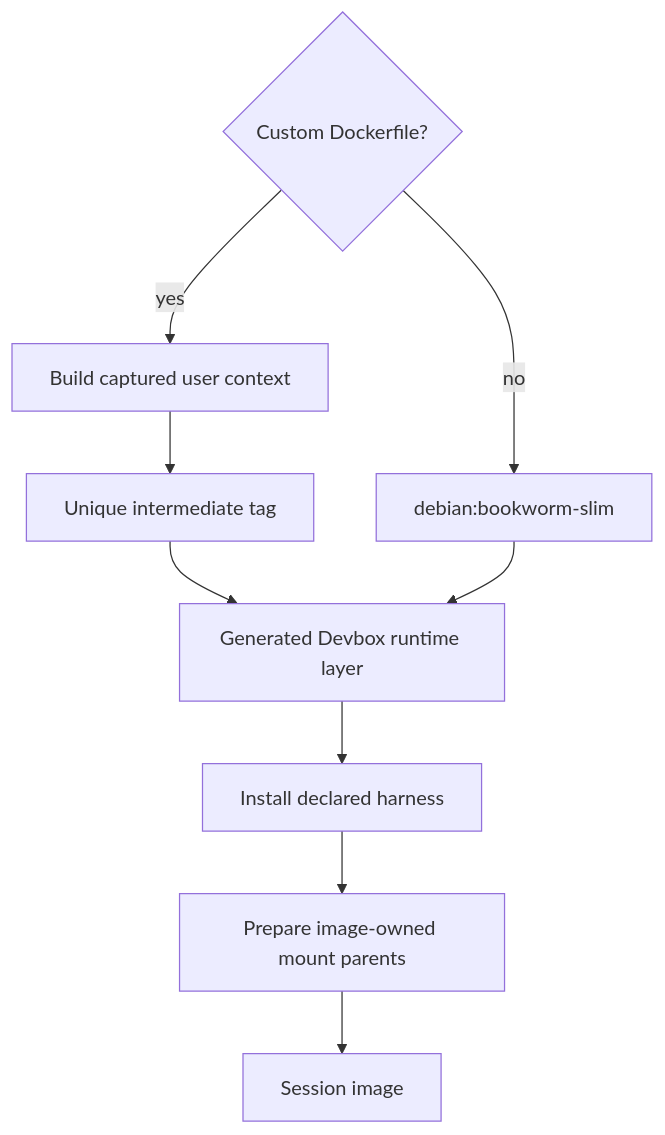
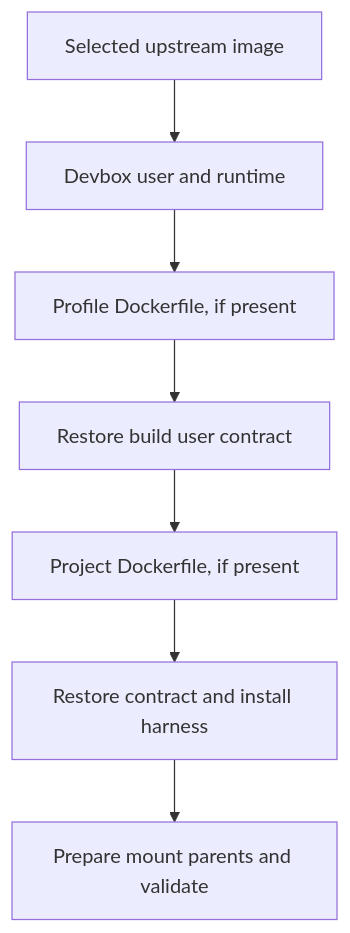
Before and after one commit to pip12345/devbox-neo: the second of 2 diagrams in docs/src/architecture/configuration.md, drawn with Mermaid. The commit also changed other lines of this file and 83 other files, not shown here.

````diff
--- a/docs/src/architecture/configuration.md
+++ b/docs/src/architecture/configuration.md
@@ -86,12 +86,9 @@
 ```mermaid
 flowchart TD
-    CUSTOM{Custom Dockerfile?}
-    CUSTOM -->|yes| BASE[Build captured user context]
-    CUSTOM -->|no| DEFAULT[debian:bookworm-slim]
-    BASE --> TAG[Unique intermediate tag]
-    TAG --> RUNTIME[Generated Devbox runtime layer]
-    DEFAULT --> RUNTIME
-    RUNTIME --> HARNESS[Install declared harness]
-    HARNESS --> PARENTS[Prepare image-owned mount parents]
-    PARENTS --> FINAL[Session image]
+    BASE[Selected upstream image] --> PREP[Devbox user and runtime]
+    PREP --> PROFILE[Profile Dockerfile, if present]
+    PROFILE --> BOUNDARY[Restore build user contract]
+    BOUNDARY --> PROJECT[Project Dockerfile, if present]
+    PROJECT --> FINAL[Restore contract and install harness]
+    FINAL --> PARENTS[Prepare mount parents and validate]
 ```
````
